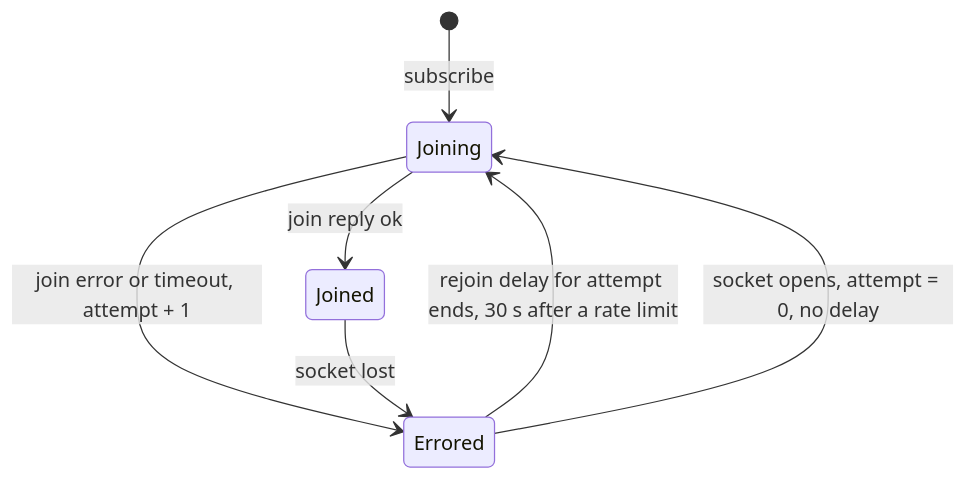
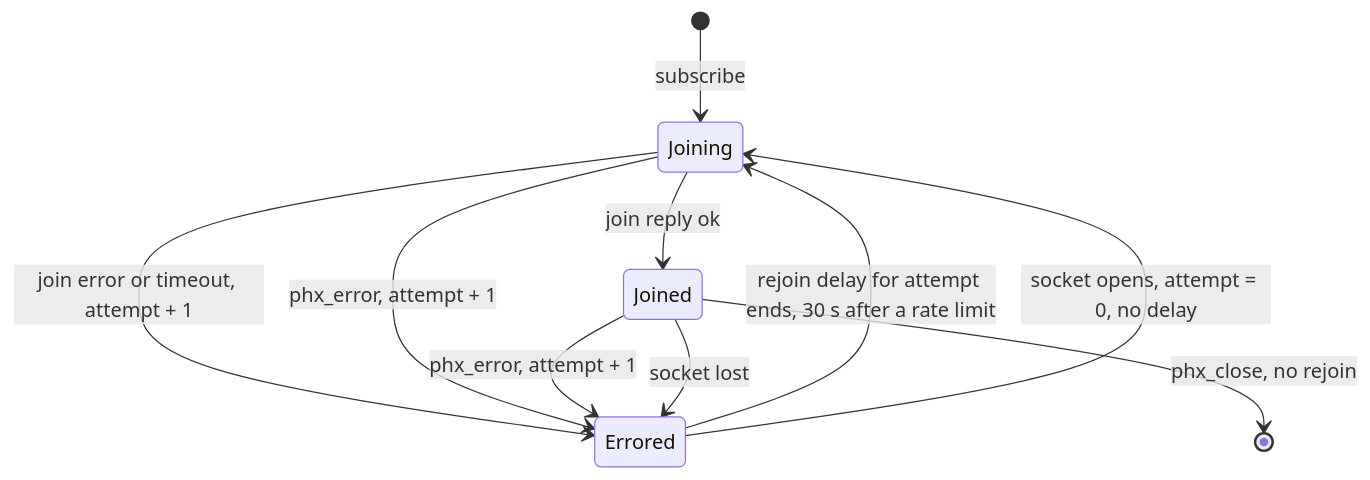
The diagram in packages/capability-matrix/specs/realtime/channel/subscribe.md (supabase/sdk), drawn with Mermaid before and after one commit. The commit also changed other lines of this file, not shown here.

First line of the commit message:
docs(realtime): rejoin a channel after a server phx_error (#334)

````diff
--- a/packages/capability-matrix/specs/realtime/channel/subscribe.md
+++ b/packages/capability-matrix/specs/realtime/channel/subscribe.md
@@ -25,9 +38,12 @@
 ```mermaid
 stateDiagram-v2
     [*] --> Joining: subscribe
     Joining --> Joined: join reply ok
     Joining --> Errored: join error or timeout, attempt + 1
     Errored --> Joining: rejoin delay for attempt ends, 30 s after a rate limit
+    Joining --> Errored: phx_error, attempt + 1
+    Joined --> Errored: phx_error, attempt + 1
     Joined --> Errored: socket lost
+    Joined --> [*]: phx_close, no rejoin
     Errored --> Joining: socket opens, attempt = 0, no delay
 ```
````
